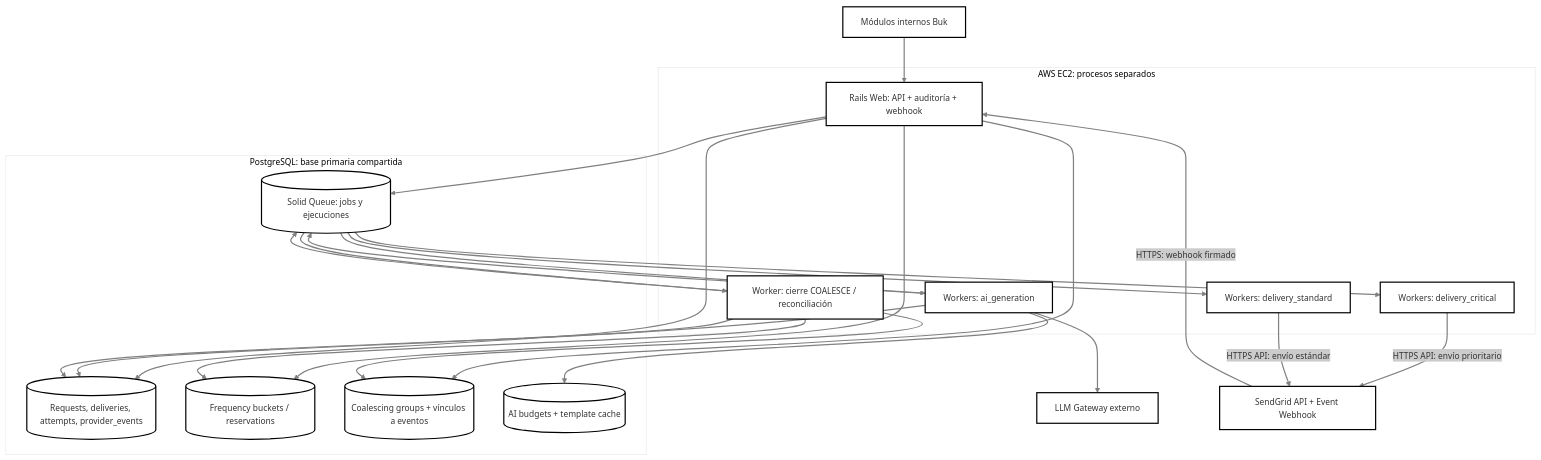
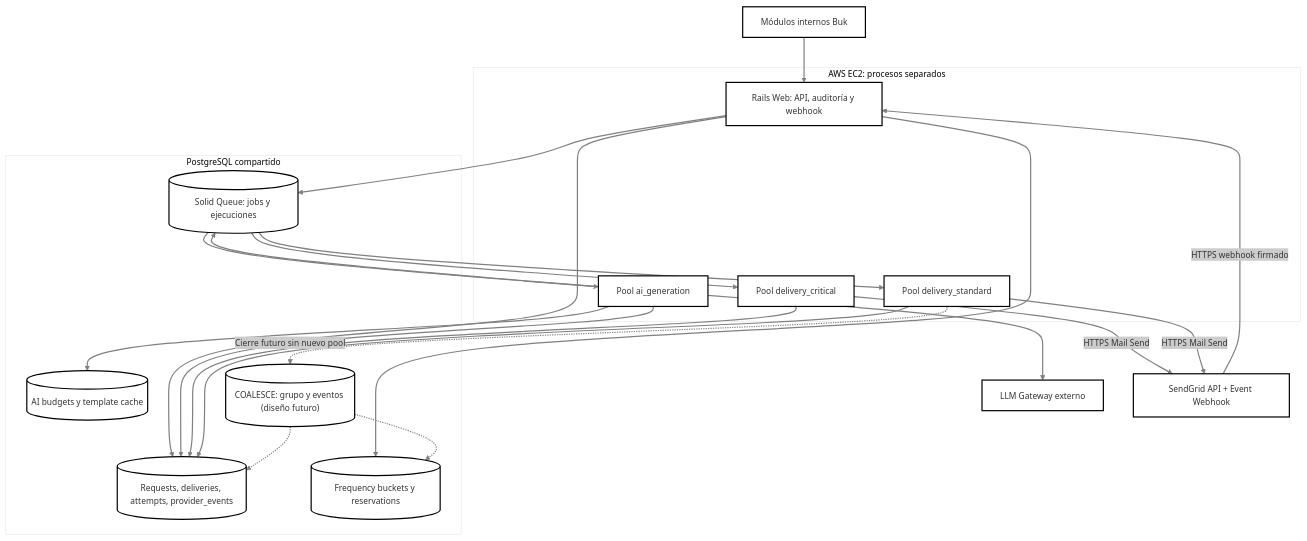
Before and after one commit to natha9404/codespaces-rails: the diagram in app/assets/images/infraestructura.mmd, drawn with Mermaid.

Commit message:
Refactor flowchart and update node labels

```diff
--- a/app/assets/images/infraestructura.mmd
+++ b/app/assets/images/infraestructura.mmd
@@ -1,44 +1,42 @@
 ---
 config:
   theme: neo
 ---
 flowchart TB
-  Producers["Módulos internos Buk"]
+  Modules["Módulos internos Buk"]
   subgraph EC2["AWS EC2: procesos separados"]
-    Web["Rails Web: API + auditoría + webhook"]
-    AI["Workers: ai_generation"]
-    Critical["Workers: delivery_critical"]
-    Standard["Workers: delivery_standard"]
-    Close["Worker: cierre COALESCE / reconciliación"]
+    Web["Rails Web: API, auditoría y webhook"]
+    AI["Pool ai_generation"]
+    Critical["Pool delivery_critical"]
+    Standard["Pool delivery_standard"]
   end
-  subgraph PG["PostgreSQL: base primaria compartida"]
+  subgraph PG["PostgreSQL compartido"]
     Business[("Requests, deliveries, attempts, provider_events")]
-    Policy[("Frequency buckets / reservations")]
-    Groups[("Coalescing groups + vínculos a eventos")]
-    AIData[("AI budgets + template cache")]
+    Freq[("Frequency buckets y reservations")]
     SQ[("Solid Queue: jobs y ejecuciones")]
+    AIData[("AI budgets y template cache")]
+    Future[("COALESCE: grupo y eventos (diseño futuro)")]
   end
   LLM["LLM Gateway externo"]
   SG["SendGrid API + Event Webhook"]
-  Producers --> Web
+  Modules --> Web
   Web --> Business
-  Web --> Policy
-  Web --> Groups
+  Web --> Freq
   Web --> SQ
   SQ --> AI
   SQ --> Critical
   SQ --> Standard
-  SQ --> Close
   AI --> LLM
   AI --> AIData
   AI --> Business
   AI --> SQ
-  Close --> Groups
-  Close --> Business
-  Close --> Policy
-  Close --> SQ
-  Critical -->|"HTTPS API: envío prioritario"| SG
-  Standard -->|"HTTPS API: envío estándar"| SG
-  SG -->|"HTTPS: webhook firmado"| Web
-  
-  linkStyle default stroke:#808080
+  Critical --> Business
+  Standard --> Business
+  Critical -->|"HTTPS Mail Send"| SG
+  Standard -->|"HTTPS Mail Send"| SG
+  SG -->|"HTTPS webhook firmado"| Web
+  Standard -.->|"Cierre futuro sin nuevo pool"| Future
+  Future -.-> Business
+  Future -.-> Freq
+
+        linkStyle default stroke:#808080
```
